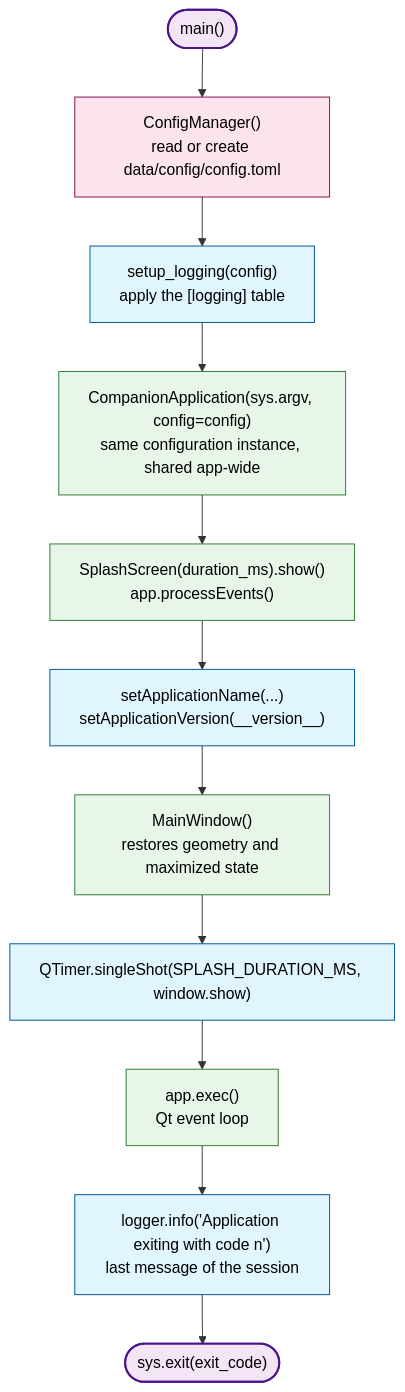
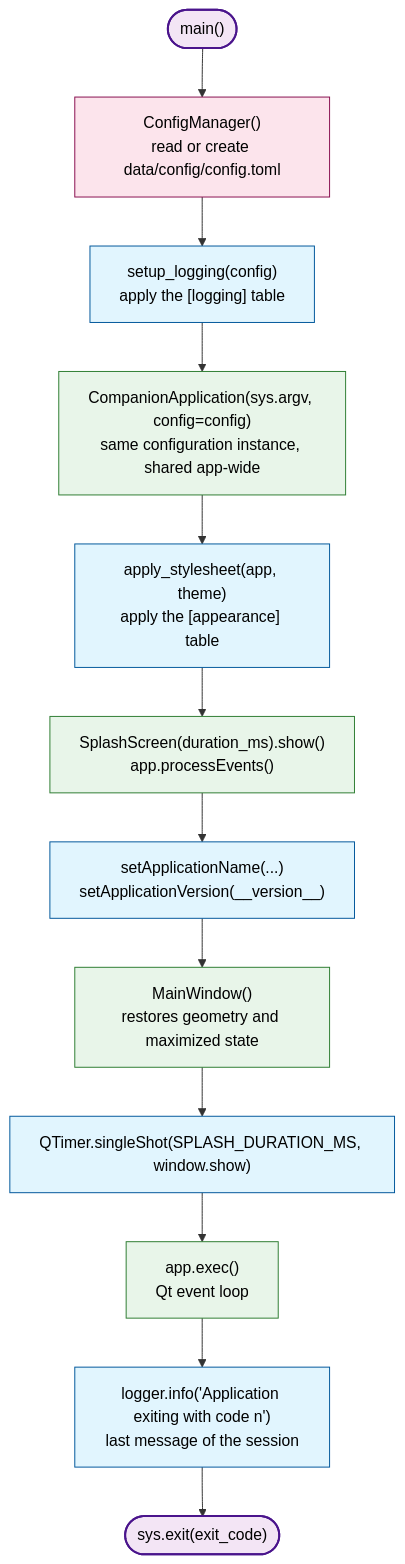
The first of 2 diagrams in docs/companion4soloplayer/main.md (ultra-sonic-28/companion4soloplayer), drawn with Mermaid before and after one commit. The commit also changed other lines of this file and 6 other files, not shown here.

````diff
--- a/docs/companion4soloplayer/main.md
+++ b/docs/companion4soloplayer/main.md
@@ -16,19 +16,20 @@
 ```mermaid
 flowchart TD
     classDef startEnd fill:#f3e5f5,stroke:#4a148c,stroke-width:2px,color:#000
     classDef process fill:#e1f5fe,stroke:#01579b,stroke-width:1px,color:#000
     classDef file fill:#fce4ec,stroke:#880e4f,stroke-width:1px,color:#000
     classDef qt fill:#e8f5e9,stroke:#2e7d32,stroke-width:1px,color:#000
 
     Start(["main()"]):::startEnd
     Start --> ReadConfig["ConfigManager()<br/>read or create data/config/config.toml"]:::file
     ReadConfig --> SetupLogging["setup_logging(config)<br/>apply the [logging] table"]:::process
     SetupLogging --> CreateApp["CompanionApplication(sys.argv, config=config)<br/>same configuration instance, shared app-wide"]:::qt
-    CreateApp --> Splash["SplashScreen(duration_ms).show()<br/>app.processEvents()"]:::qt
+    CreateApp --> ApplyTheme["apply_stylesheet(app, theme)<br/>apply the [appearance] table"]:::process
+    ApplyTheme --> Splash["SplashScreen(duration_ms).show()<br/>app.processEvents()"]:::qt
     Splash --> AppMeta["setApplicationName(...)<br/>setApplicationVersion(__version__)"]:::process
     AppMeta --> CreateWindow["MainWindow()<br/>restores geometry and maximized state"]:::qt
     CreateWindow --> Timer["QTimer.singleShot(SPLASH_DURATION_MS, window.show)"]:::process
     Timer --> EventLoop["app.exec()<br/>Qt event loop"]:::qt
     EventLoop --> ExitLog["logger.info('Application exiting with code n')<br/>last message of the session"]:::process
     ExitLog --> SysExit(["sys.exit(exit_code)"]):::startEnd
 ```
````
